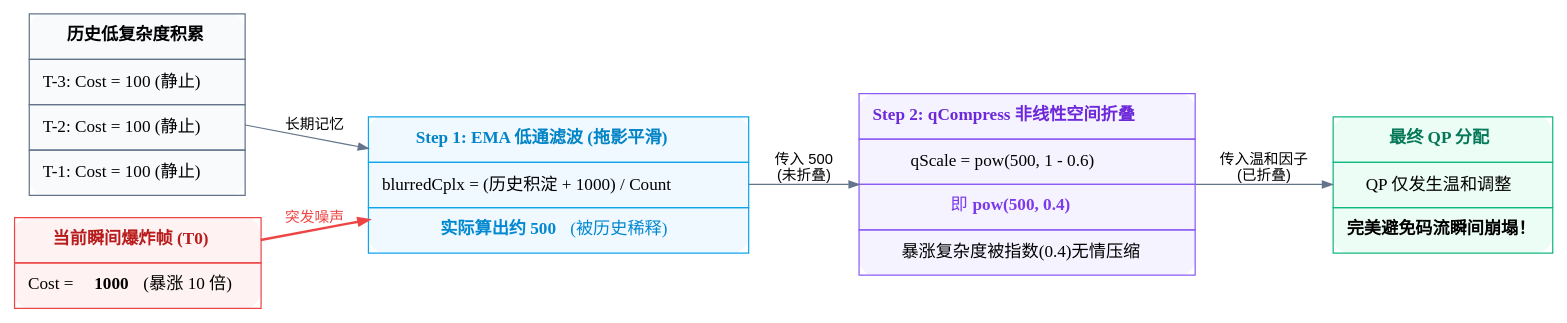
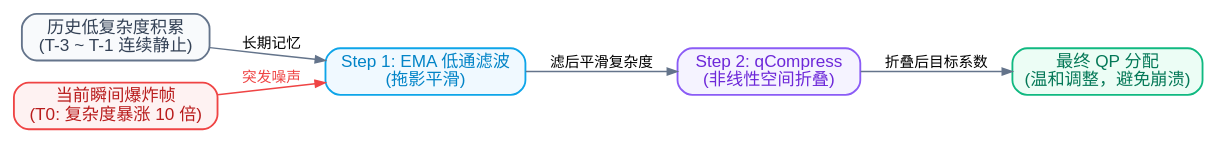
The diagram in graph_crf.dot (edgerzou-stack/rdo-architecture), drawn with Graphviz before and after one commit. The commit also changed 2 other files, not shown here.

Commit message:
docs: split CRF flow into abstract flowchart and specific mathematical calculation code block for clarity

```diff
--- a/graph_crf.dot
+++ b/graph_crf.dot
@@ -1,51 +1,19 @@
 digraph G {
     rankdir=LR;
-    node [shape=none, margin=0];
-    edge [color="#64748b", arrowsize=0.8, fontname="Helvetica", fontsize=12];
+    node [shape=box, style="rounded,filled", fontname="Helvetica", fontsize=14, penwidth=1.5];
+    edge [color="#64748b", arrowsize=0.8, fontname="Helvetica", fontsize=12, penwidth=1.2];
 
-    History [label=<
-        <TABLE BORDER="0" CELLBORDER="1" CELLSPACING="0" CELLPADDING="10" COLOR="#64748b" BGCOLOR="#f8fafc" STYLE="ROUNDED">
-            <TR><TD><B>历史低复杂度积累</B></TD></TR>
-            <TR><TD>T-3: Cost = 100 (静止)</TD></TR>
-            <TR><TD>T-2: Cost = 100 (静止)</TD></TR>
-            <TR><TD>T-1: Cost = 100 (静止)</TD></TR>
-        </TABLE>
-    >];
+    History [label="历史低复杂度积累\n(T-3 ~ T-1 连续静止)", color="#64748b", fillcolor="#f8fafc", fontcolor="#334155"];
+    T0 [label="当前瞬间爆炸帧\n(T0: 复杂度暴涨 10 倍)", color="#ef4444", fillcolor="#fef2f2", fontcolor="#b91c1c"];
+    
+    EMA [label="Step 1: EMA 低通滤波\n(拖影平滑)", color="#0ea5e9", fillcolor="#f0f9ff", fontcolor="#0284c7"];
+    qCompress [label="Step 2: qCompress\n(非线性空间折叠)", color="#8b5cf6", fillcolor="#f5f3ff", fontcolor="#6d28d9"];
+    Result [label="最终 QP 分配\n(温和调整，避免崩溃)", color="#10b981", fillcolor="#ecfdf5", fontcolor="#047857"];
 
-    T0 [label=<
-        <TABLE BORDER="0" CELLBORDER="1" CELLSPACING="0" CELLPADDING="10" COLOR="#ef4444" BGCOLOR="#fef2f2" STYLE="ROUNDED">
-            <TR><TD><FONT COLOR="#b91c1c"><B>当前瞬间爆炸帧 (T0)</B></FONT></TD></TR>
-            <TR><TD>Cost = <B>1000</B> (暴涨 10 倍)</TD></TR>
-        </TABLE>
-    >];
-
-    EMA [label=<
-        <TABLE BORDER="0" CELLBORDER="1" CELLSPACING="0" CELLPADDING="10" COLOR="#0ea5e9" BGCOLOR="#f0f9ff" STYLE="ROUNDED">
-            <TR><TD><FONT COLOR="#0284c7"><B>Step 1: EMA 低通滤波 (拖影平滑)</B></FONT></TD></TR>
-            <TR><TD>blurredCplx = (历史积淀 + 1000) / Count</TD></TR>
-            <TR><TD><FONT COLOR="#0288d1"><B>实际算出约 500</B> (被历史稀释)</FONT></TD></TR>
-        </TABLE>
-    >];
-
-    qCompress [label=<
-        <TABLE BORDER="0" CELLBORDER="1" CELLSPACING="0" CELLPADDING="10" COLOR="#8b5cf6" BGCOLOR="#f5f3ff" STYLE="ROUNDED">
-            <TR><TD><FONT COLOR="#6d28d9"><B>Step 2: qCompress 非线性空间折叠</B></FONT></TD></TR>
-            <TR><TD>qScale = pow(500, 1 - 0.6)</TD></TR>
-            <TR><TD><FONT COLOR="#7c3aed">即 <B>pow(500, 0.4)</B></FONT></TD></TR>
-            <TR><TD>暴涨复杂度被指数(0.4)无情压缩</TD></TR>
-        </TABLE>
-    >];
-
-    Result [label=<
-        <TABLE BORDER="0" CELLBORDER="1" CELLSPACING="0" CELLPADDING="10" COLOR="#10b981" BGCOLOR="#ecfdf5" STYLE="ROUNDED">
-            <TR><TD><FONT COLOR="#047857"><B>最终 QP 分配</B></FONT></TD></TR>
-            <TR><TD>QP 仅发生温和调整</TD></TR>
-            <TR><TD><B>完美避免码流瞬间崩塌！</B></TD></TR>
-        </TABLE>
-    >];
+    {rank=same; History; T0;}
 
     History -> EMA [label=" 长期记忆"];
     T0 -> EMA [label=" 突发噪声", color="#ef4444", fontcolor="#ef4444", style="bold"];
-    EMA -> qCompress [label=" 传入 500\n(未折叠)"];
-    qCompress -> Result [label=" 传入温和因子\n(已折叠)"];
+    EMA -> qCompress [label=" 滤后平滑复杂度"];
+    qCompress -> Result [label=" 折叠后目标系数"];
 }
```
